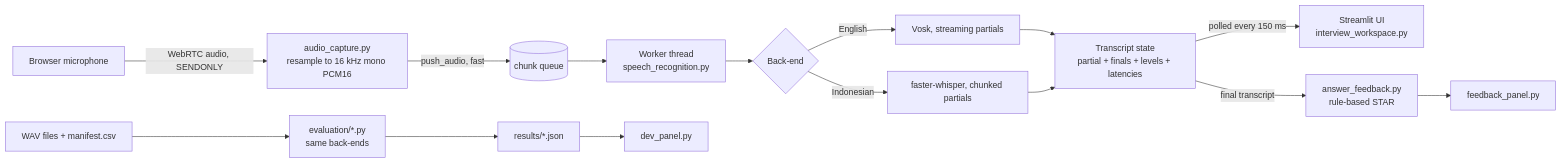
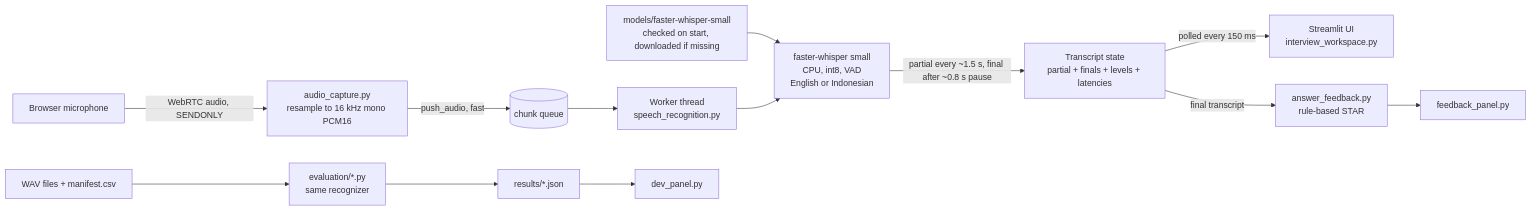
One commit to jessicalim0206-cmyk/Speech-Recognition-Project changed the diagram in docs/ARCHITECTURE.md. Above: the diagram before and after it, drawn with Mermaid. The commit also changed other lines of this file and 7 other files, not shown here.

Commit message:
Latency-display-and-docs-faster-whisper

````diff
--- a/docs/ARCHITECTURE.md
+++ b/docs/ARCHITECTURE.md
@@ -3,16 +3,14 @@
 ```mermaid
 flowchart LR
   MIC[Browser microphone] -->|WebRTC audio, SENDONLY| CB[audio_capture.py<br/>resample to 16 kHz mono PCM16]
   CB -->|push_audio, fast| Q[(chunk queue)]
   Q --> W[Worker thread<br/>speech_recognition.py]
-  W --> B{Back-end}
-  B -->|English| V[Vosk, streaming partials]
-  B -->|Indonesian| H[faster-whisper, chunked partials]
-  V --> S[Transcript state<br/>partial + finals + levels + latencies]
-  H --> S
+  MD["models/faster-whisper-small<br/>checked on start, downloaded if missing"] --> H
+  W --> H["faster-whisper small<br/>CPU, int8, VAD<br/>English or Indonesian"]
+  H -->|"partial every ~1.5 s, final after ~0.8 s pause"| S[Transcript state<br/>partial + finals + levels + latencies]
   S -->|polled every 150 ms| UI[Streamlit UI<br/>interview_workspace.py]
   S -->|final transcript| F[answer_feedback.py<br/>rule-based STAR]
   F --> R[feedback_panel.py]
-  FILES[WAV files + manifest.csv] --> E[evaluation/*.py<br/>same back-ends]
+  FILES[WAV files + manifest.csv] --> E[evaluation/*.py<br/>same recognizer]
   E --> J[results/*.json] --> DEV[dev_panel.py]
 ```
````
